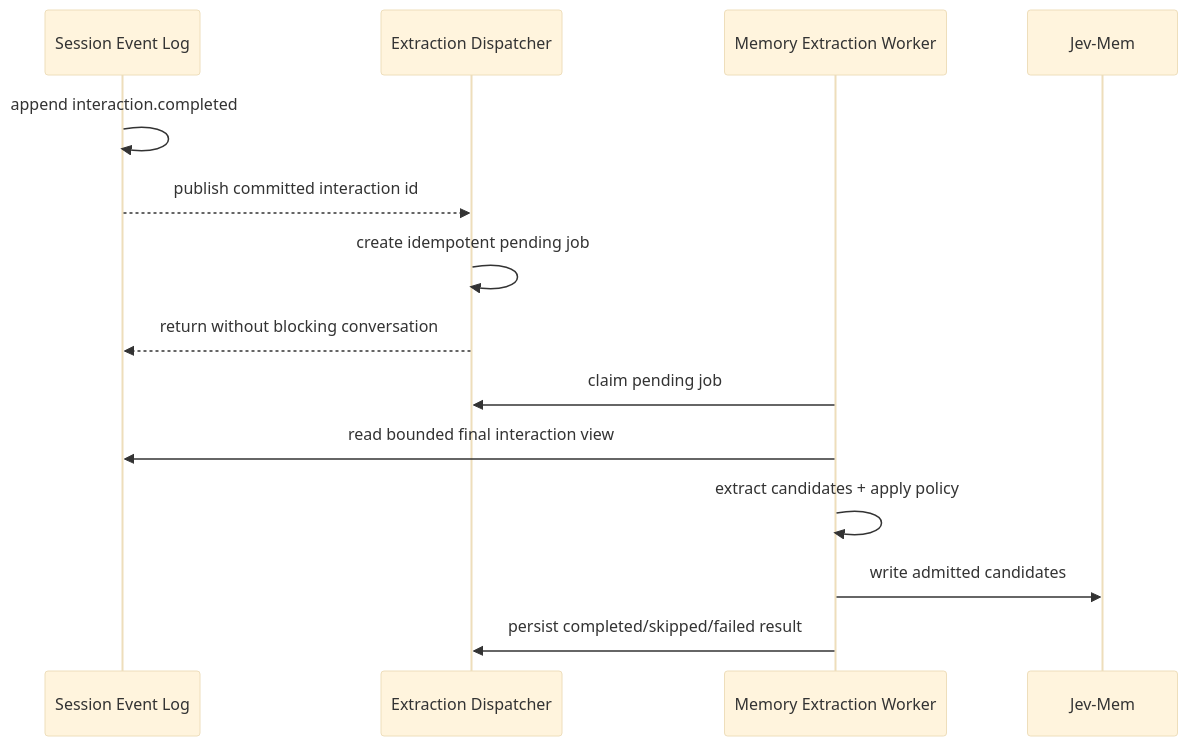
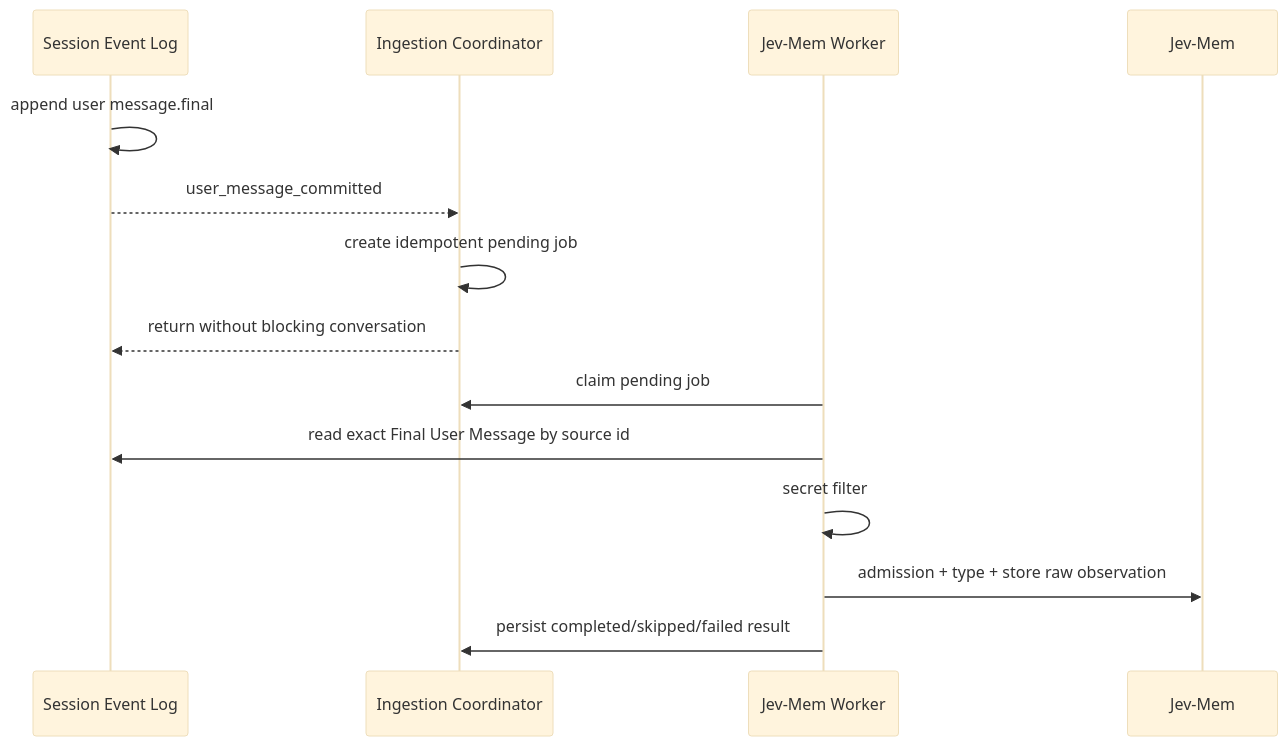
The seventh of 8 diagrams in docs/BoxAgent-Phase3-Conversation-Context-设计.md (kono-dada/BoxAgent), drawn with Mermaid (base theme) before and after one commit. The commit also changed other lines of this file and 166 other files, not shown here.

````diff
--- a/docs/BoxAgent-Phase3-Conversation-Context-设计.md
+++ b/docs/BoxAgent-Phase3-Conversation-Context-设计.md
@@ -557,17 +557,17 @@
 ```mermaid
 sequenceDiagram
     participant S as Session Event Log
-    participant D as Extraction Dispatcher
-    participant W as Memory Extraction Worker
+    participant D as Ingestion Coordinator
+    participant W as Jev-Mem Worker
     participant J as Jev-Mem
 
-    S->>S: append interaction.completed
-    S-->>D: publish committed interaction id
+    S->>S: append user message.final
+    S-->>D: user_message_committed
     D->>D: create idempotent pending job
     D-->>S: return without blocking conversation
     W->>D: claim pending job
-    W->>S: read bounded final interaction view
-    W->>W: extract candidates + apply policy
-    W->>J: write admitted candidates
+    W->>S: read exact Final User Message by source id
+    W->>W: secret filter
+    W->>J: admission + type + store raw observation
     W->>D: persist completed/skipped/failed result
 ```
````
